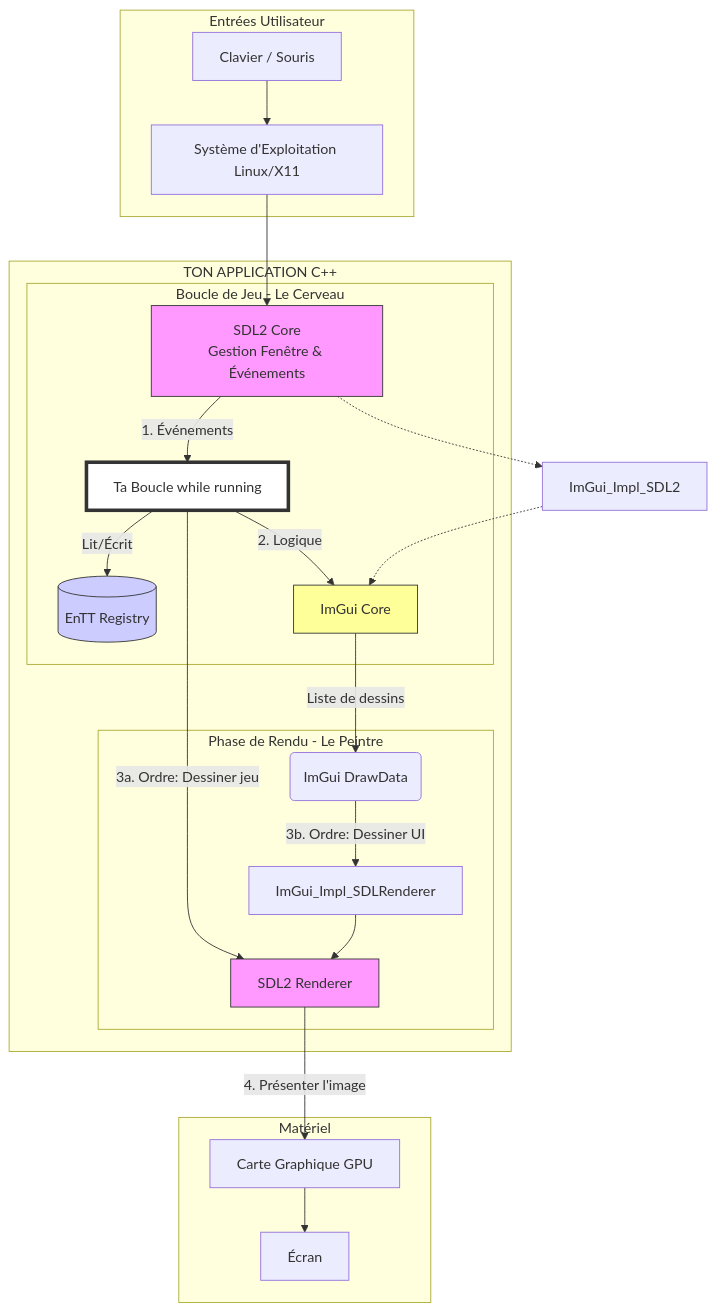
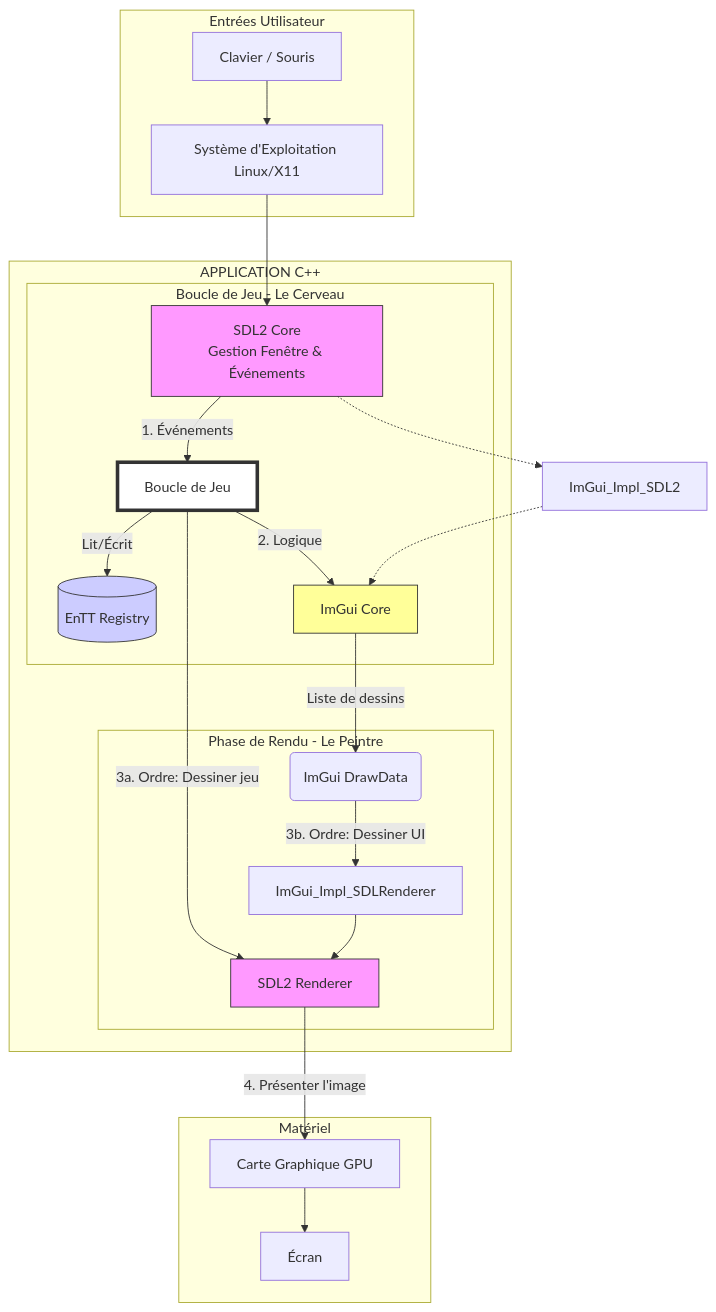
Before and after one commit to e-dcrn/sandbox-game: the diagram in SCHEMA.md, drawn with Mermaid. The commit also changed 5 other files, not shown here.

````diff
--- a/SCHEMA.md
+++ b/SCHEMA.md
@@ -1,38 +1,38 @@
 ```mermaid
 graph TD
     subgraph INPUT [Entrées Utilisateur]
         KBD[Clavier / Souris] --> OS[Système d'Exploitation Linux/X11]
     end
 
-    subgraph APP [TON APPLICATION C++]
+    subgraph APP [APPLICATION C++]
         OS --> SDL_CORE[SDL2 Core<br>Gestion Fenêtre & Événements]
 
         subgraph LOGIC [Boucle de Jeu - Le Cerveau]
-            SDL_CORE -- "1. Événements" --> GAME_LOOP[Ta Boucle while running]
+            SDL_CORE -- "1. Événements" --> GAME_LOOP[Boucle de Jeu]
             GAME_LOOP -- "Lit/Écrit" --> ENTT[(EnTT Registry)]
             GAME_LOOP -- "2. Logique" --> IMGUI_CORE[ImGui Core]
         end
 
         subgraph RENDERING [Phase de Rendu - Le Peintre]
             GAME_LOOP -- "3a. Ordre: Dessiner jeu" --> SDL_RENDERER[SDL2 Renderer]
             IMGUI_CORE -- "Liste de dessins" --> IMGUI_DRAW_DATA(ImGui DrawData)
             IMGUI_DRAW_DATA -- "3b. Ordre: Dessiner UI" --> IMGUI_BACKEND_RDR[ImGui_Impl_SDLRenderer]
             IMGUI_BACKEND_RDR --> SDL_RENDERER
         end
     end
 
     subgraph HARDWARE [Matériel]
         SDL_RENDERER -- "4. Présenter l'image" --> GPU[Carte Graphique GPU]
         GPU --> SCREEN[Écran]
     end
 
     %% Liaisons
     SDL_CORE -.-> IMGUI_BACKEND_PLAT[ImGui_Impl_SDL2]
     IMGUI_BACKEND_PLAT -.-> IMGUI_CORE
 
     style SDL_CORE fill:#f9f,stroke:#333
     style SDL_RENDERER fill:#f9f,stroke:#333
     style ENTT fill:#ccf,stroke:#333
     style IMGUI_CORE fill:#ff9,stroke:#333
     style GAME_LOOP fill:#fff,stroke:#333,stroke-width:4px
 ```
````
